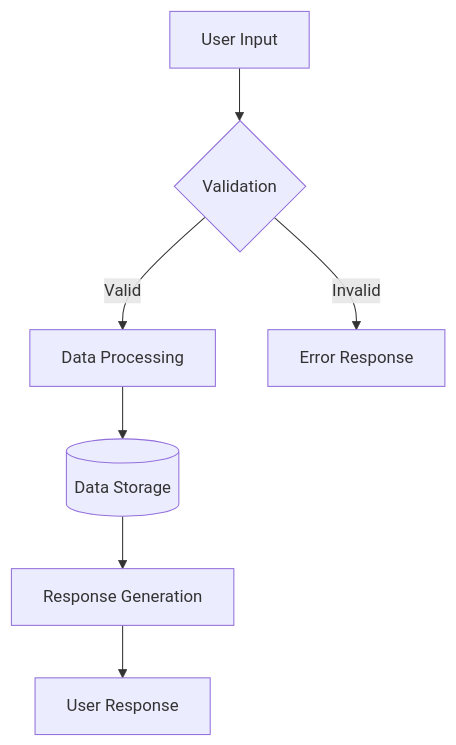
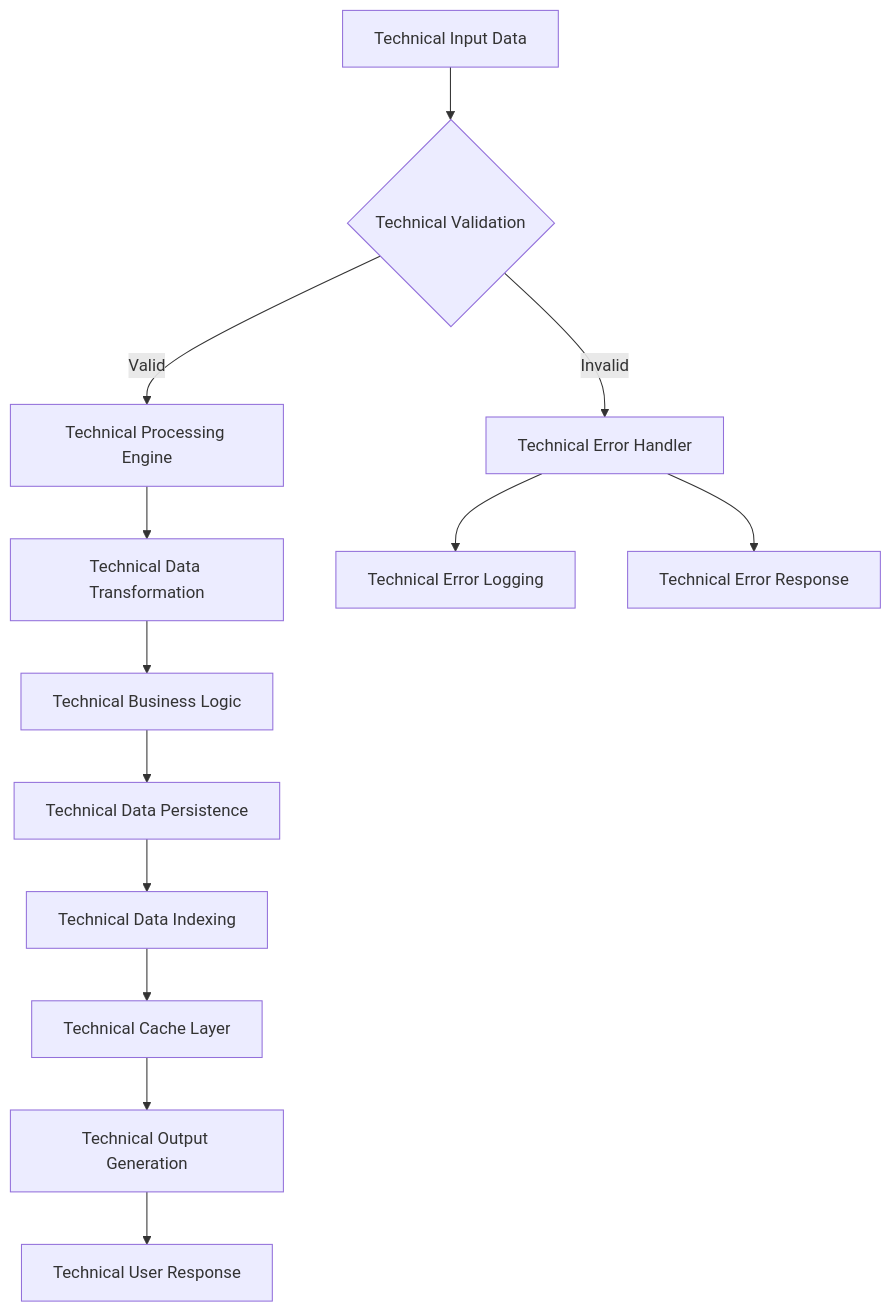
The fourth of 8 diagrams in src/KoalaWiki/Prompts/Warehouse/GenerateDocs.md (xincheng213618/OpenDeepWiki), drawn with Mermaid before and after one commit. The commit also changed other lines of this file and 4 other files, not shown here.

````diff
--- a/src/KoalaWiki/Prompts/Warehouse/GenerateDocs.md
+++ b/src/KoalaWiki/Prompts/Warehouse/GenerateDocs.md
@@ -242,9 +330,15 @@
 ```mermaid
 flowchart TD
-    Input[User Input] --> Validation{Validation}
-    Validation -->|Valid| Processing[Data Processing]
-    Validation -->|Invalid| Error[Error Response]
-    Processing --> Storage[(Data Storage)]
-    Storage --> Output[Response Generation]
-    Output --> User[User Response]
+    Input[Technical Input Data] --> Validation{Technical Validation}
+    Validation -->|Valid| Processing[Technical Processing Engine]
+    Validation -->|Invalid| ErrorHandler[Technical Error Handler]
+    Processing --> Transformation[Technical Data Transformation]
+    Transformation --> BusinessLogic[Technical Business Logic]
+    BusinessLogic --> Persistence[Technical Data Persistence]
+    Persistence --> Indexing[Technical Data Indexing]
+    Indexing --> Cache[Technical Cache Layer]
+    Cache --> Output[Technical Output Generation]
+    ErrorHandler --> ErrorLog[Technical Error Logging]
+    ErrorHandler --> ErrorResponse[Technical Error Response]
+    Output --> User[Technical User Response]
 ```
````
